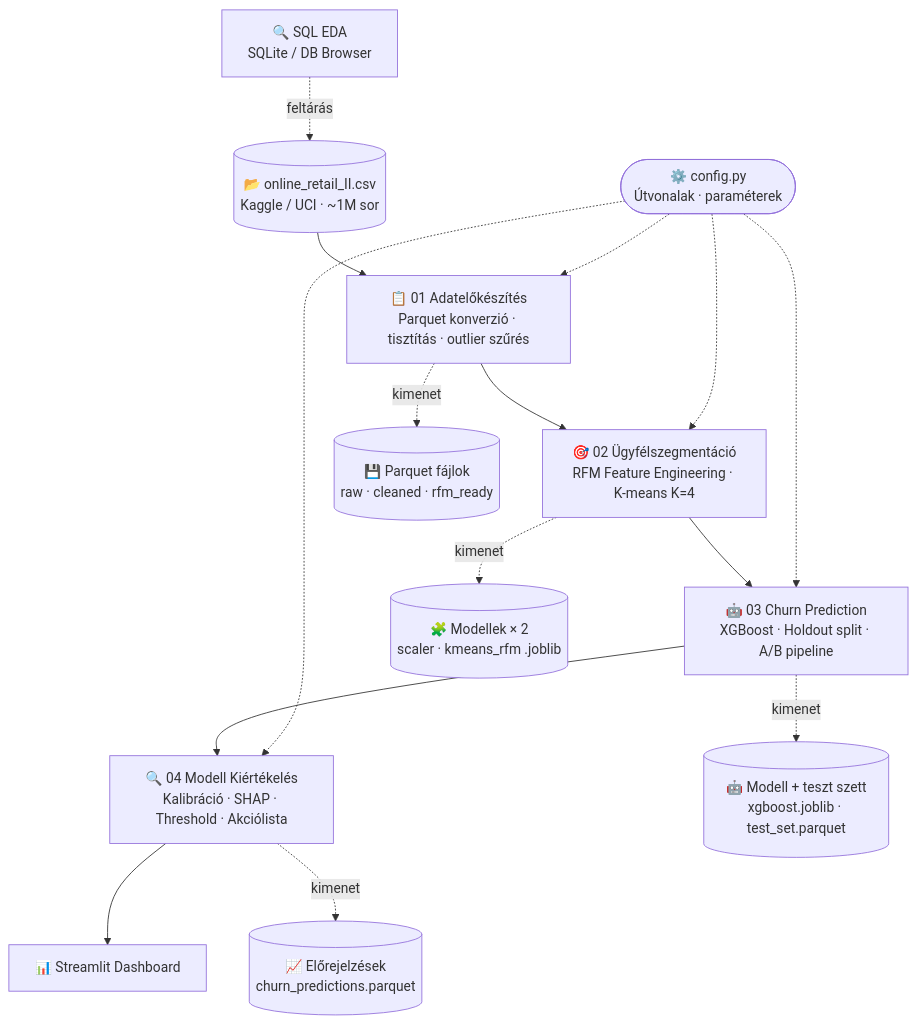
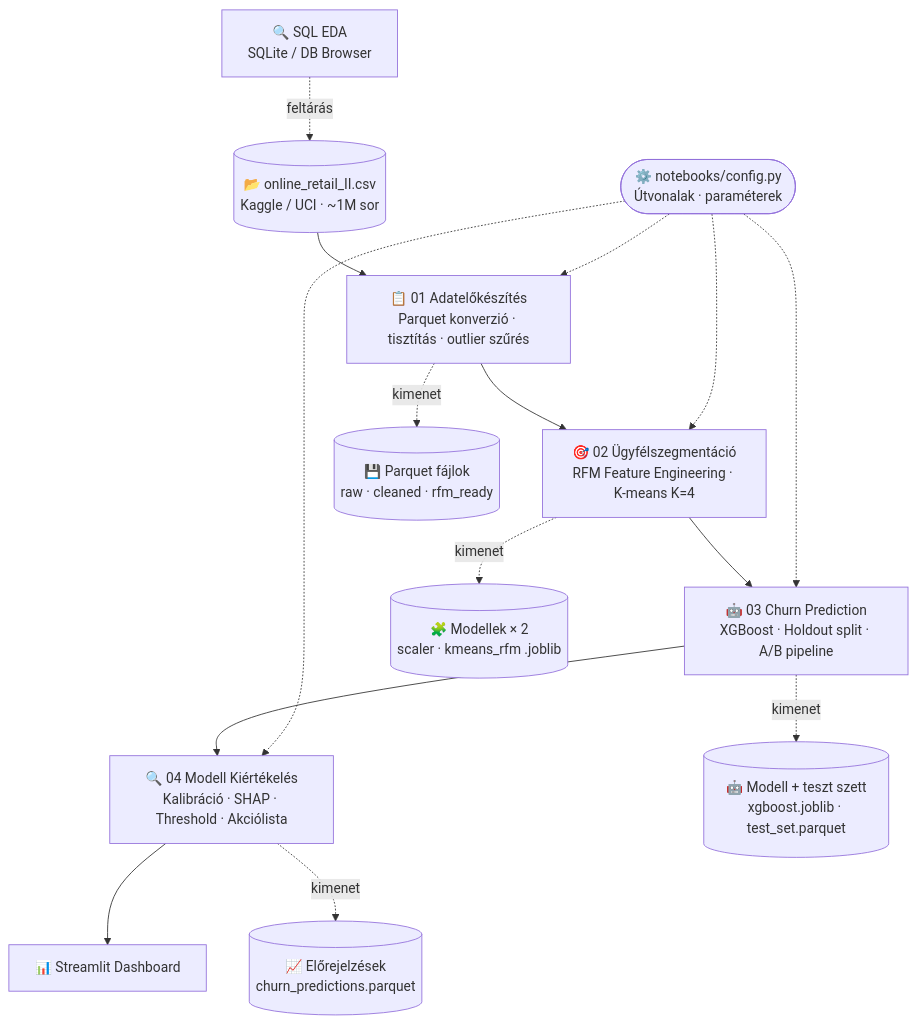
One commit to csabatatrai/Ecommerce-Customer-Segmentation changed the diagram in README.md. Above: the diagram before and after it, drawn with Mermaid. The commit also changed other lines of this file and 12 other files, not shown here.

````diff
--- a/README.md
+++ b/README.md
@@ -316,26 +289,26 @@
 ```mermaid
 flowchart TD
     CSV[("📂 online_retail_II.csv\nKaggle / UCI · ~1M sor")]
     SQL["🔍 SQL EDA\nSQLite / DB Browser"]
-    CFG(["⚙️ config.py\nÚtvonalak · paraméterek"])
+    CFG(["⚙️ notebooks/config.py\nÚtvonalak · paraméterek"])
 
     SQL -.->|feltárás| CSV
     CFG -.-> PREP
     CFG -.-> SEG
     CFG -.-> CHURN
     CFG -.-> EVAL
     CSV --> PREP
 
     PREP["📋 01 Adatelőkészítés\nParquet konverzió · tisztítás · outlier szűrés"]
     SEG["🎯 02 Ügyfélszegmentáció\nRFM Feature Engineering · K-means K=4"]
     CHURN["🤖 03 Churn Prediction\nXGBoost · Holdout split · A/B pipeline"]
     EVAL["🔍 04 Modell Kiértékelés\nKalibráció · SHAP · Threshold · Akciólista"]
     DASH["📊 Streamlit Dashboard"]
 
     PREP --> SEG --> CHURN --> EVAL --> DASH
 
     PREP -.->|kimenet| P1[("💾 Parquet fájlok\nraw · cleaned · rfm_ready")]
     SEG  -.->|kimenet| M1[("🧩 Modellek × 2\nscaler · kmeans_rfm .joblib")]
     CHURN-.->|kimenet| P2[("🤖 Modell + teszt szett\nxgboost.joblib · test_set.parquet")]
     EVAL -.->|kimenet| P3[("📈 Előrejelzések\nchurn_predictions.parquet")]
 ```
````
